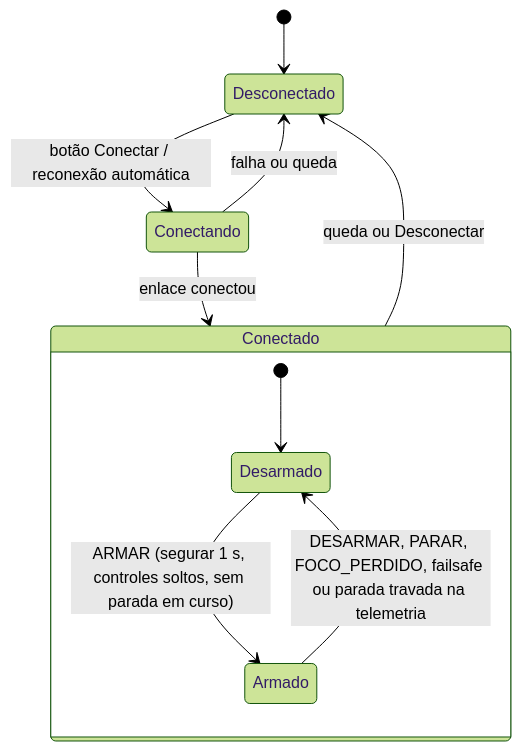
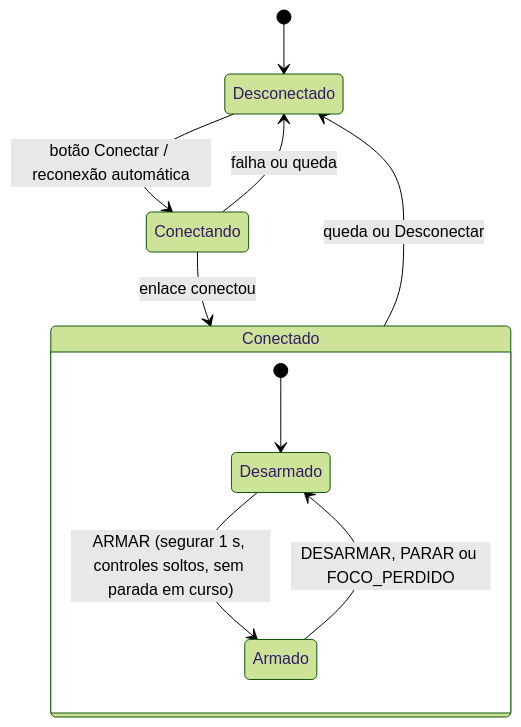
The second of 2 diagrams in docs/ARQUITETURA.md (felipemslima/controle-bancada-ble), drawn with Mermaid (forest theme) before and after one commit. The commit also changed other lines of this file and 27 other files, not shown here.

````diff
--- a/docs/ARQUITETURA.md
+++ b/docs/ARQUITETURA.md
@@ -53,13 +53,13 @@
 ```mermaid
 stateDiagram-v2
   [*] --> Desconectado
   Desconectado --> Conectando: botão Conectar / reconexão automática
   Conectando --> Conectado: enlace conectou
   Conectando --> Desconectado: falha ou queda
   Conectado --> Desconectado: queda ou Desconectar
   state Conectado {
     [*] --> Desarmado
     Desarmado --> Armado: ARMAR (segurar 1 s, controles soltos, sem parada em curso)
-    Armado --> Desarmado: DESARMAR, PARAR, FOCO_PERDIDO, failsafe ou parada travada na telemetria
+    Armado --> Desarmado: DESARMAR, PARAR ou FOCO_PERDIDO
   }
 ```
````
